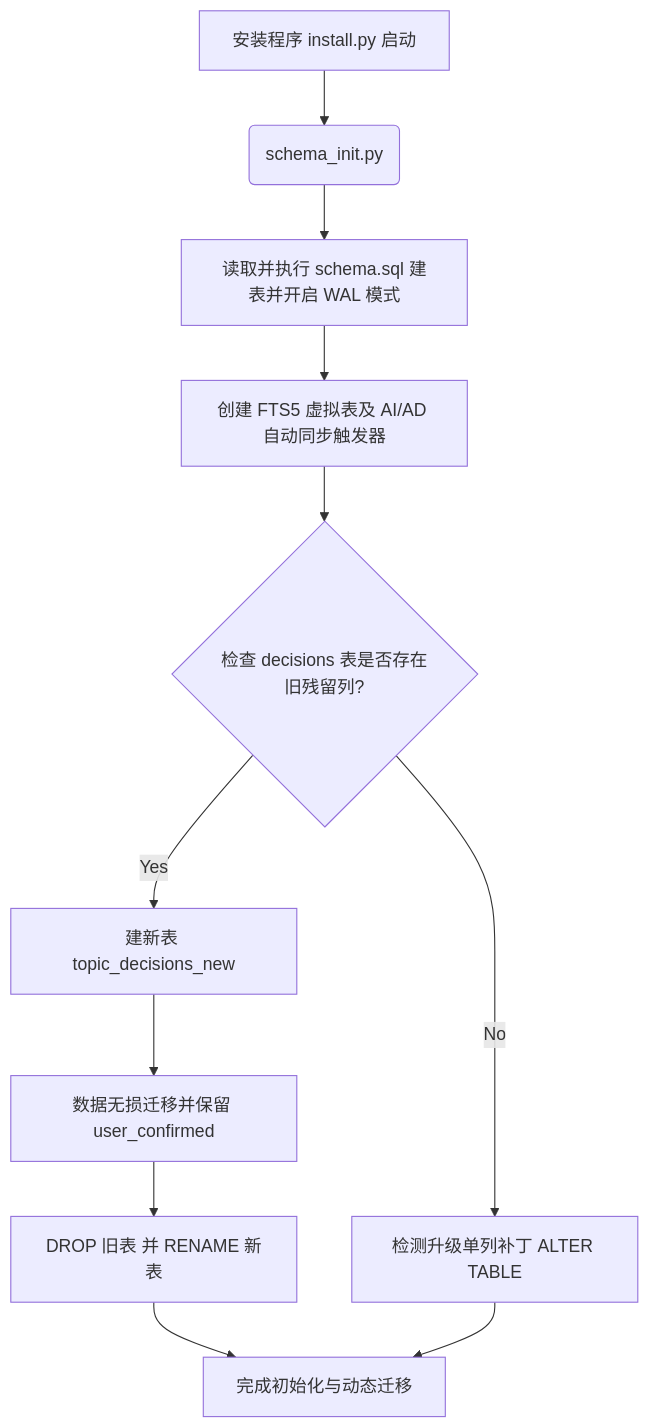
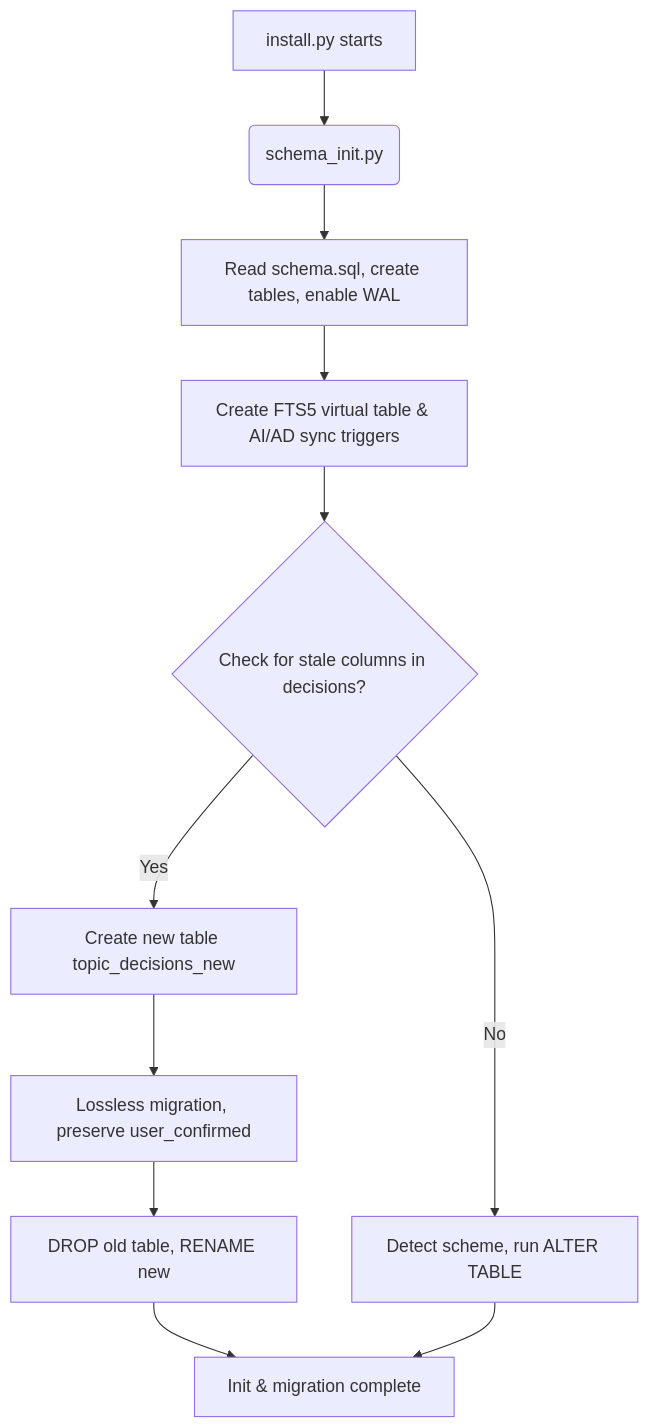
One commit to pseudoming/remora-plugin changed the seventh of 11 diagrams in docs/business_flows.md. Above: the diagram before and after it, drawn with Mermaid. The commit also changed other lines of this file and 10 other files, not shown here.

````diff
--- a/docs/business_flows.md
+++ b/docs/business_flows.md
@@ -293,15 +295,15 @@
 ```mermaid
 flowchart TD
-    A[安装程序 install.py 启动] --> B(schema_init.py)
-    B --> C[读取并执行 schema.sql 建表并开启 WAL 模式]
-    C --> D[创建 FTS5 虚拟表及 AI/AD 自动同步触发器]
+    A[install.py starts] --> B(schema_init.py)
+    B --> C[Read schema.sql, create tables, enable WAL]
+    C --> D[Create FTS5 virtual table & AI/AD sync triggers]
     
-    D --> E{检查 decisions 表是否存在旧残留列?}
-    E -->|Yes| F[建新表 topic_decisions_new]
-    F --> G[数据无损迁移并保留 user_confirmed]
-    G --> H[DROP 旧表 并 RENAME 新表]
-    E -->|No| I[检测升级单列补丁 ALTER TABLE]
+    D --> E{Check for stale columns in decisions?}
+    E -->|Yes| F[Create new table topic_decisions_new]
+    F --> G[Lossless migration, preserve user_confirmed]
+    G --> H[DROP old table, RENAME new]
+    E -->|No| I[Detect scheme, run ALTER TABLE]
     
-    H --> J[完成初始化与动态迁移]
+    H --> J[Init & migration complete]
     I --> J
 ```
````
